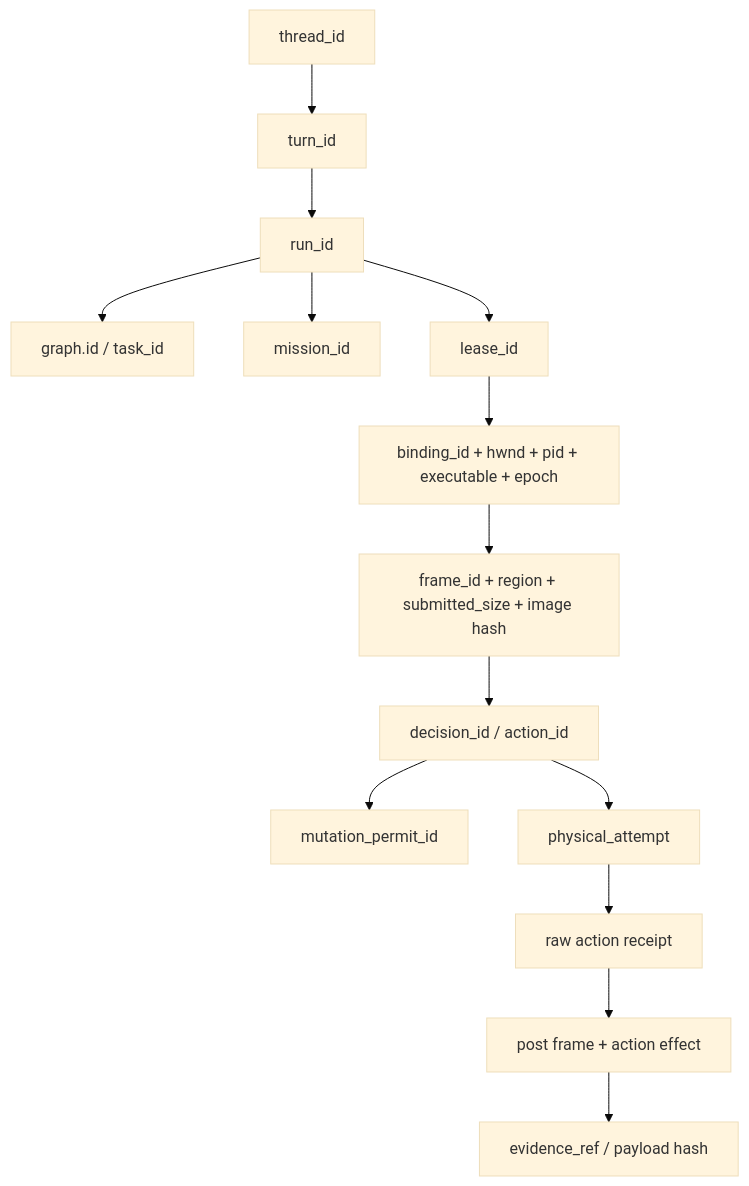
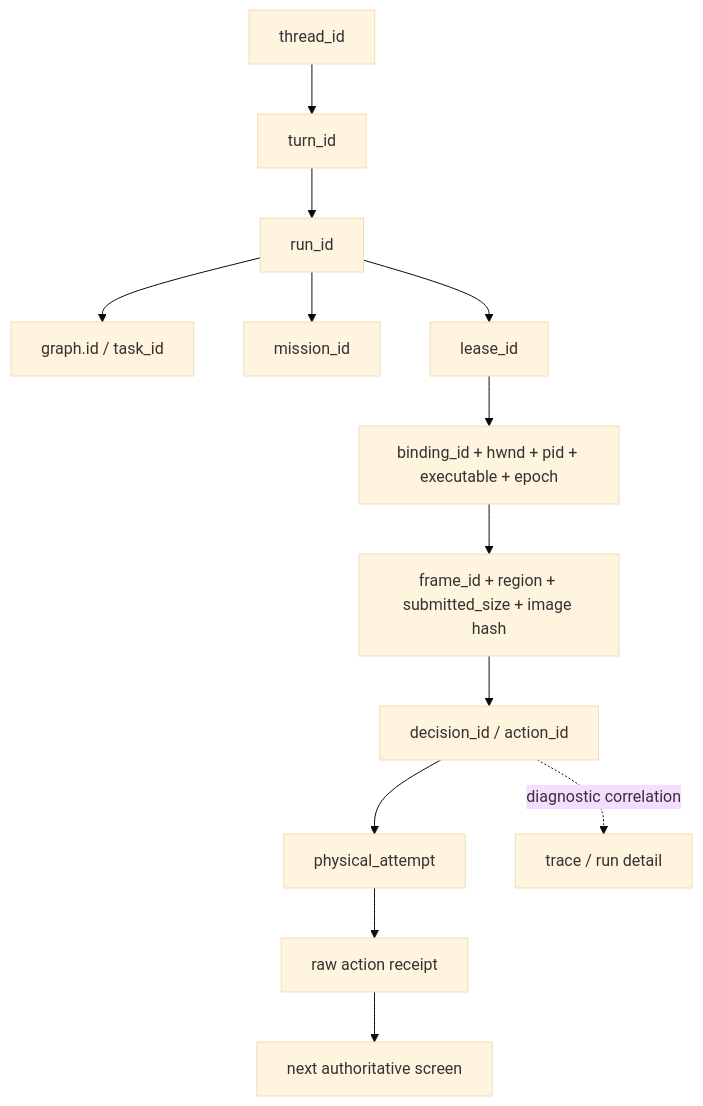
Before and after one commit to zoujiapeng/lingdong-script: the diagram in docs/project-guide/03-contracts-and-interfaces.md, drawn with Mermaid (base theme). The commit also changed other lines of this file and 45 other files, not shown here.

````diff
--- a/docs/project-guide/03-contracts-and-interfaces.md
+++ b/docs/project-guide/03-contracts-and-interfaces.md
@@ -29,16 +29,15 @@
 ```mermaid
 flowchart TD
   Thread["thread_id"] --> Turn["turn_id"]
   Turn --> Run["run_id"]
   Run --> Graph["graph.id / task_id"]
   Run --> Mission["mission_id"]
   Run --> Lease["lease_id"]
   Lease --> Target["binding_id + hwnd + pid + executable + epoch"]
   Target --> Frame["frame_id + region + submitted_size + image hash"]
   Frame --> Decision["decision_id / action_id"]
-  Decision --> Permit["mutation_permit_id"]
   Decision --> Attempt["physical_attempt"]
   Attempt --> Receipt["raw action receipt"]
-  Receipt --> PostFrame["post frame + action effect"]
-  PostFrame --> Evidence["evidence_ref / payload hash"]
+  Receipt --> PostFrame["next authoritative screen"]
+  Decision -. "diagnostic correlation" .-> Trace["trace / run detail"]
 ```
````
